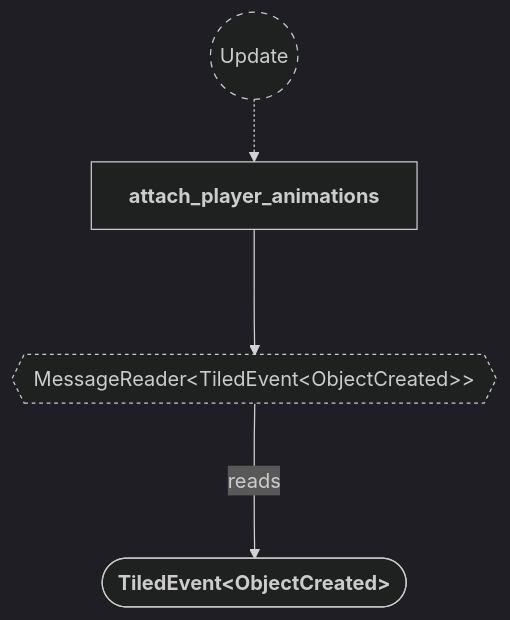
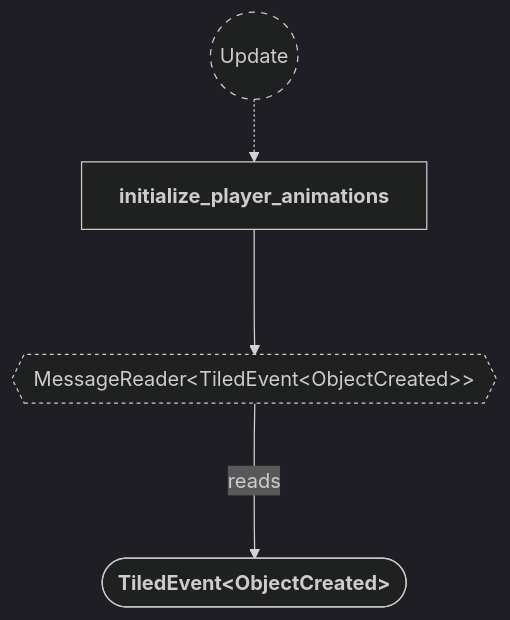
One commit to neurosoup/tyled changed the first of 24 diagrams in backlog/docs/doc-5 - 004-Animations-plugin.md. Above: the diagram before and after it, drawn with Mermaid. The commit also changed other lines of this file and 4 other files, not shown here.

````diff
--- a/backlog/docs/doc-5 - 004-Animations-plugin.md
+++ b/backlog/docs/doc-5 - 004-Animations-plugin.md
@@ -101,22 +101,22 @@
 ```mermaid
 ---
 config:
   theme: dark
 ---
 
 flowchart TD
 classDef system-group stroke-dasharray: 5 5
 classDef reader stroke-dasharray: 3 3
 
 update(("`Update`")):::system-group
-attach_player_animations["`**attach_player_animations**`"]
+initialize_player_animations["`**initialize_player_animations**`"]
 
-update -.-> attach_player_animations
+update -.-> initialize_player_animations
 
 message_reader{{"MessageReader#60;TiledEvent#60;ObjectCreated#62;#62;"}}:::reader
-attach_player_animations ---> message_reader
+initialize_player_animations ---> message_reader
 
 object_created_message(["`**TiledEvent#60;ObjectCreated#62;**`"])
 
 message_reader ---> |reads| object_created_message
 ```
````
